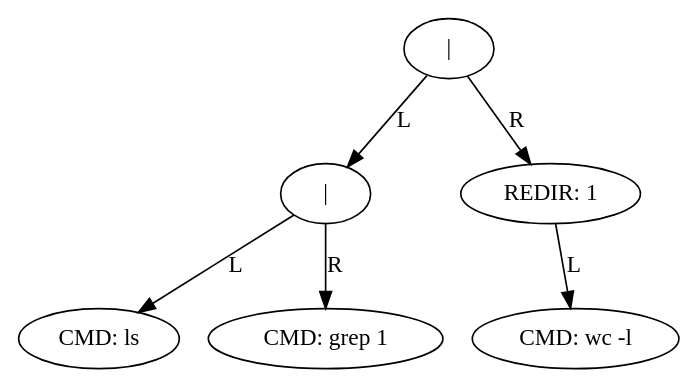
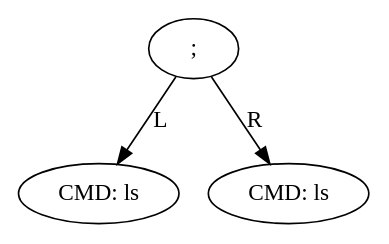
The diagram in ast.dot (zdvman/minishell), drawn with Graphviz before and after one commit. The commit also changed 7 other files, not shown here.

```diff
--- a/ast.dot
+++ b/ast.dot
@@ -1,13 +1,7 @@
 digraph AST {
-"0x238fb90" [label="|"];
-"0x238fb90" -> "0x238fa60" [label="L"];
-"0x238fa60" [label="|"];
-"0x238fa60" -> "0x238f9a0" [label="L"];
-"0x238f9a0" [label="CMD: ls"];
-"0x238fa60" -> "0x238fa30" [label="R"];
-"0x238fa30" [label="CMD: grep 1"];
-"0x238fb90" -> "0x238fb60" [label="R"];
-"0x238fb60" [label="REDIR: 1"];
-"0x238fb60" -> "0x238faf0" [label="L"];
-"0x238faf0" [label="CMD: wc -l"];
+"0x1ba0290" [label=";"];
+"0x1ba0290" -> "0x1bbd5f0" [label="L"];
+"0x1bbd5f0" [label="CMD: ls"];
+"0x1ba0290" -> "0x1bbd5a0" [label="R"];
+"0x1bbd5a0" [label="CMD: ls"];
 }
```
